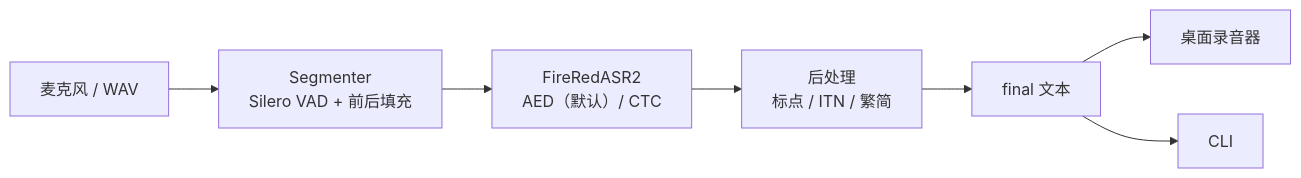
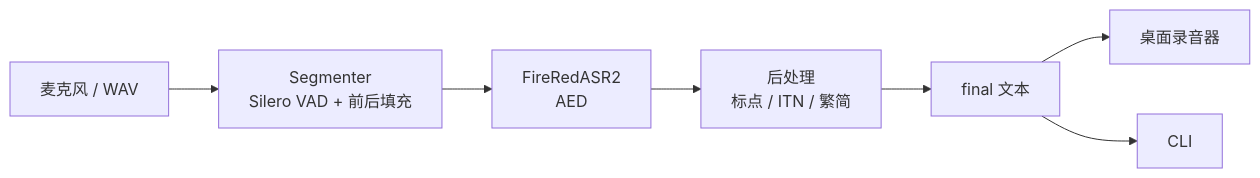
One commit to wonglaitung/FireRedASR2S changed the diagram in README.md. Above: the diagram before and after it, drawn with Mermaid. The commit also changed other lines of this file and 88 other files, not shown here.

````diff
--- a/README.md
+++ b/README.md
@@ -39,9 +37,9 @@
 ```mermaid
 flowchart LR
     MIC["麦克风 / WAV"] --> SEG["Segmenter<br/>Silero VAD + 前后填充"]
-    SEG --> ASR["FireRedASR2<br/>AED（默认）/ CTC"]
+    SEG --> ASR["FireRedASR2<br/>AED"]
     ASR --> POST["后处理<br/>标点 / ITN / 繁简"]
     POST --> OUT["final 文本"]
     OUT --> REC["桌面录音器"]
     OUT --> CLI["CLI"]
 ```
````
